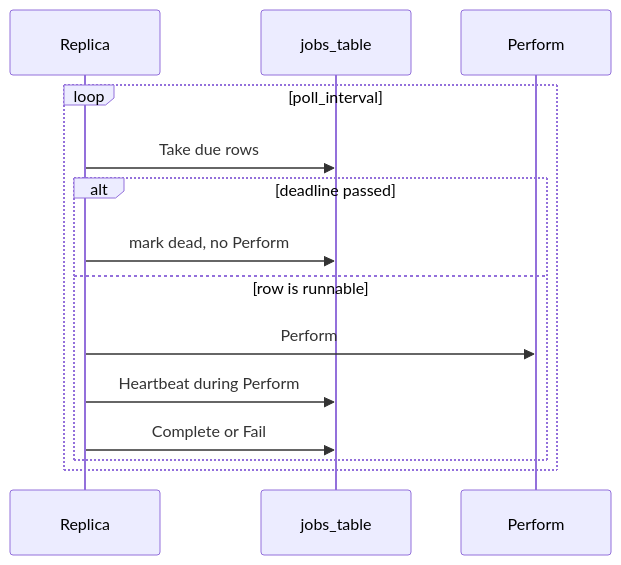
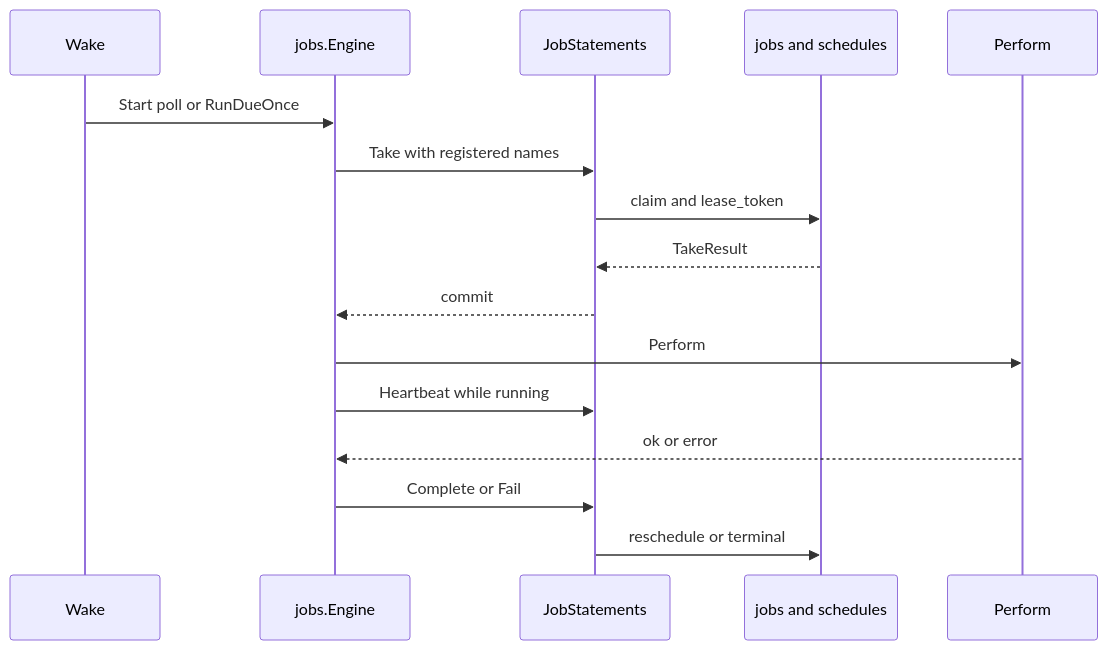
Before and after one commit to zitadel/nextgen: the diagram in docs/adrs/065-background-jobs.md, drawn with Mermaid. The commit also changed other lines of this file and 2 other files, not shown here.

First line of the commit message:
docs: amend ADR 065 for Engine, schedules, and sessions.gc first

````diff
--- a/docs/adrs/065-background-jobs.md
+++ b/docs/adrs/065-background-jobs.md
@@ -104,17 +117,19 @@
 ```mermaid
 sequenceDiagram
-  participant Node as Replica
-  participant Jobs as jobs_table
+  participant Wake as Wake
+  participant Engine as jobs.Engine
+  participant Stmts as JobStatements
+  participant DB as jobs and schedules
   participant Handler as Perform
 
-  loop poll_interval
-    Node->>Jobs: Take due rows
-    alt deadline passed
-      Node->>Jobs: mark dead, no Perform
-    else row is runnable
-      Node->>Handler: Perform
-      Node->>Jobs: Heartbeat during Perform
-      Node->>Jobs: Complete or Fail
-    end
-  end
+  Wake->>Engine: Start poll or RunDueOnce
+  Engine->>Stmts: Take with registered names
+  Stmts->>DB: claim and lease_token
+  DB-->>Stmts: TakeResult
+  Stmts-->>Engine: commit
+  Engine->>Handler: Perform
+  Engine->>Stmts: Heartbeat while running
+  Handler-->>Engine: ok or error
+  Engine->>Stmts: Complete or Fail
+  Stmts->>DB: reschedule or terminal
 ```
````
